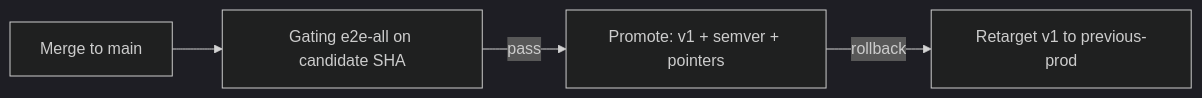
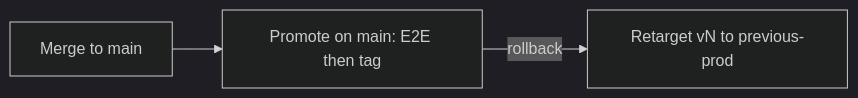
Before and after one commit to elastic/oblt-aw: the diagram in docs/operations/agentic-release-model.md, drawn with Mermaid (dark theme). The commit also changed other lines of this file and 17 other files, not shown here.

First line of the commit message:
simplify(release): promote from main tip with release-type only

````diff
--- a/docs/operations/agentic-release-model.md
+++ b/docs/operations/agentic-release-model.md
@@ -30,8 +30,7 @@
 ```mermaid
 flowchart LR
   Main[Merge to main]
-  E2E[Gating e2e-all on candidate SHA]
-  Promo[Promote: v1 + semver + pointers]
-  Main --> E2E -->|pass| Promo
-  Promo -->|rollback| Prev[Retarget v1 to previous-prod]
+  Promo[Promote on main: E2E then tag]
+  Main --> Promo
+  Promo -->|rollback| Prev[Retarget vN to previous-prod]
 ```
````
